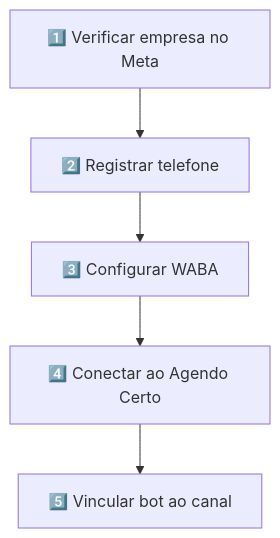
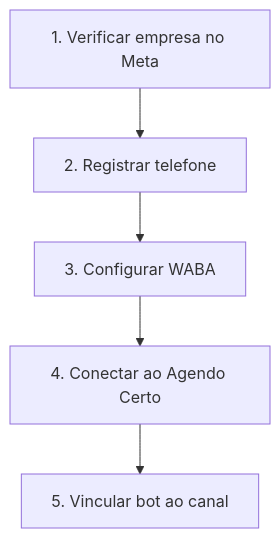
The second of 4 diagrams in contents/guides/canais.md (AgendoCerto/docs), drawn with Mermaid before and after one commit. The commit also changed other lines of this file and 6 other files, not shown here.

````diff
--- a/contents/guides/canais.md
+++ b/contents/guides/canais.md
@@ -92,7 +87,7 @@
 ```mermaid
 graph TD
-    A[1️⃣ Verificar empresa no Meta] --> B[2️⃣ Registrar telefone]
-    B --> C[3️⃣ Configurar WABA]
-    C --> D[4️⃣ Conectar ao Agendo Certo]
-    D --> E[5️⃣ Vincular bot ao canal]
+    A[1. Verificar empresa no Meta] --> B[2. Registrar telefone]
+    B --> C[3. Configurar WABA]
+    C --> D[4. Conectar ao Agendo Certo]
+    D --> E[5. Vincular bot ao canal]
 ```
````
